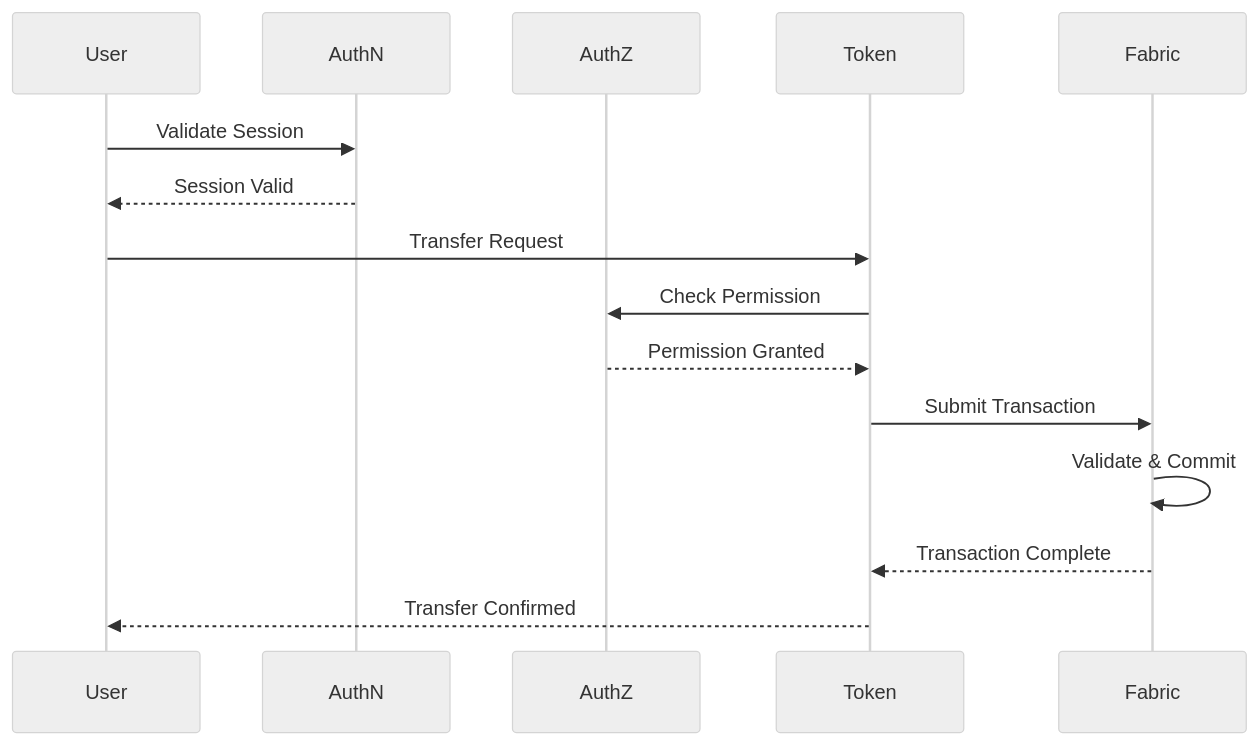
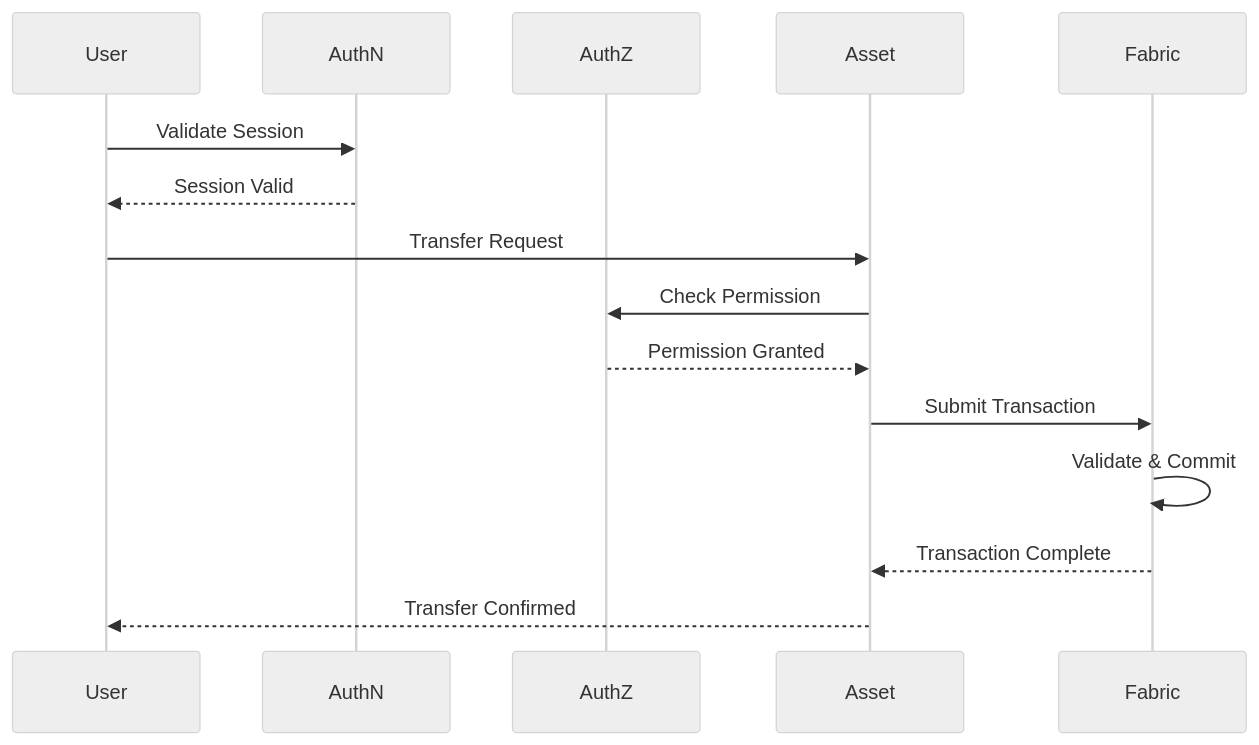
The third of 6 diagrams in docs/rd.vi.md (metafi-blockchain/metafi-digital-assets-service), drawn with Mermaid (neutral theme) before and after one commit. The commit also changed other lines of this file and 1 other file, not shown here.

````diff
--- a/docs/rd.vi.md
+++ b/docs/rd.vi.md
@@ -147,21 +137,21 @@
 ```mermaid
 sequenceDiagram
     participant User
     participant AuthN
     participant AuthZ
-    participant Token
+    participant Asset
     participant Fabric
     
     User->>AuthN: Validate Session
     AuthN-->>User: Session Valid
     
-    User->>Token: Transfer Request
-    Token->>AuthZ: Check Permission
-    AuthZ-->>Token: Permission Granted
+    User->>Asset: Transfer Request
+    Asset->>AuthZ: Check Permission
+    AuthZ-->>Asset: Permission Granted
     
-    Token->>Fabric: Submit Transaction
+    Asset->>Fabric: Submit Transaction
     Fabric->>Fabric: Validate & Commit
-    Fabric-->>Token: Transaction Complete
+    Fabric-->>Asset: Transaction Complete
     
-    Token-->>User: Transfer Confirmed
+    Asset-->>User: Transfer Confirmed
 ```
````
